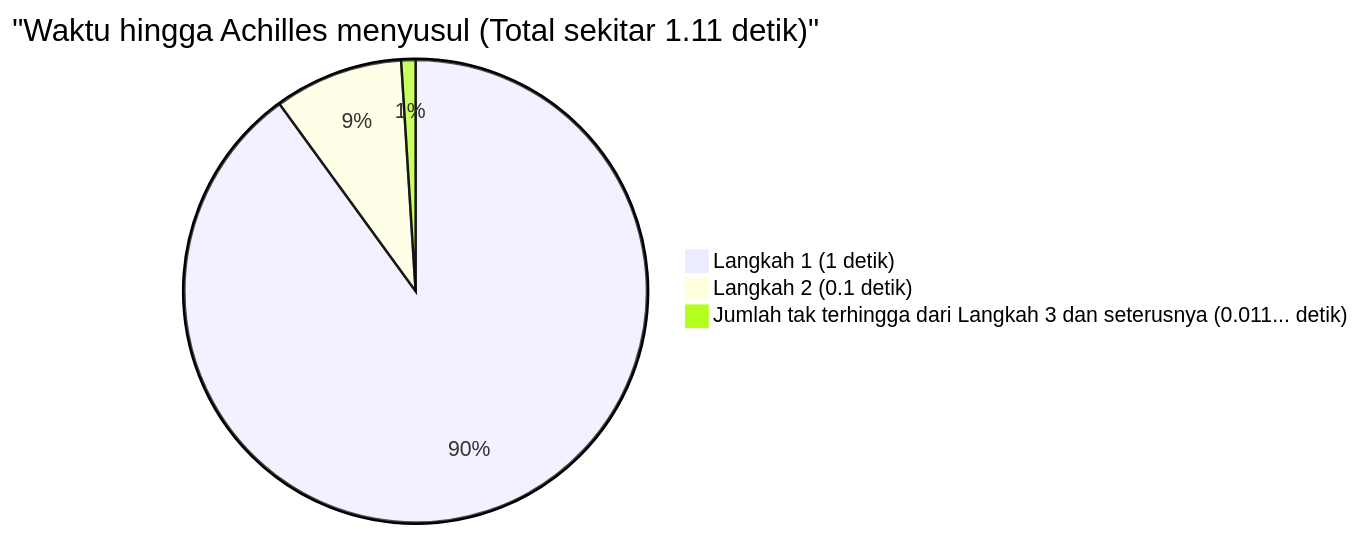
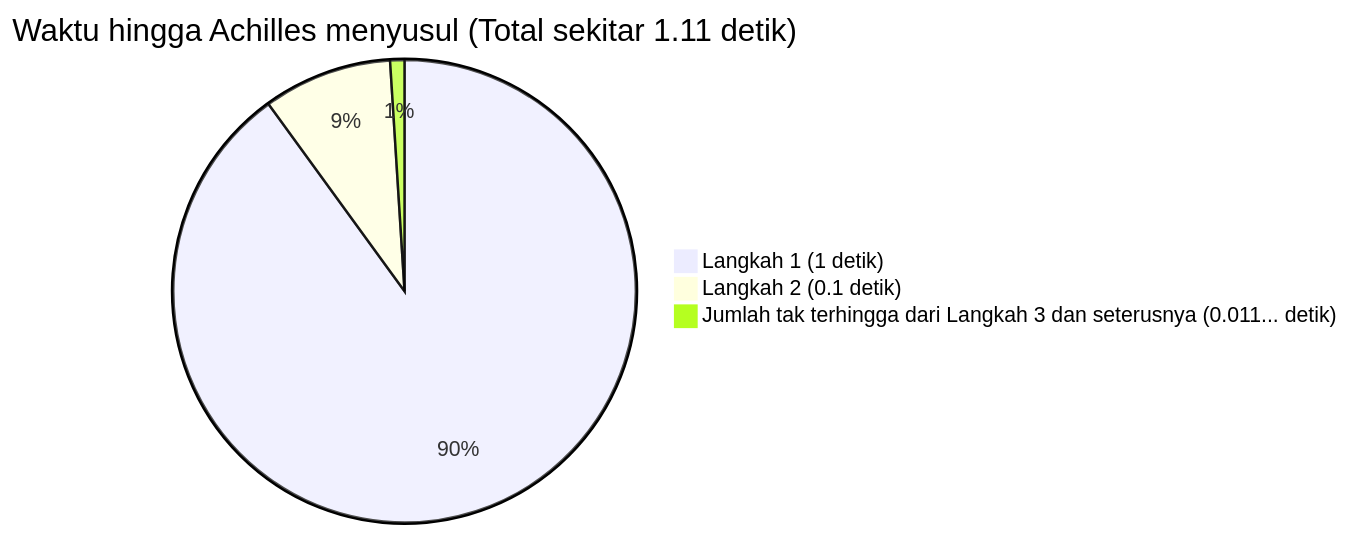
One commit to kenjinote/blog changed the second of 2 diagrams in content/post/アキレスと亀/index.id.md. Above: the diagram before and after it, drawn with Mermaid. The commit also changed other lines of this file and 703 other files, not shown here.

Commit message:
Fix: Remove quotes from Mermaid link texts and timeline definitions to support Mermaid 11.4.1

````diff
--- a/content/post/アキレスと亀/index.id.md
+++ b/content/post/アキレスと亀/index.id.md
@@ -116,6 +116,6 @@
 ```mermaid
-pie title "Waktu hingga Achilles menyusul (Total sekitar 1.11 detik)"
+pie title Waktu hingga Achilles menyusul (Total sekitar 1.11 detik)
     "Langkah 1 (1 detik)" : 90
     "Langkah 2 (0.1 detik)" : 9
     "Jumlah tak terhingga dari Langkah 3 dan seterusnya (0.011... detik)" : 1
 ```
````
